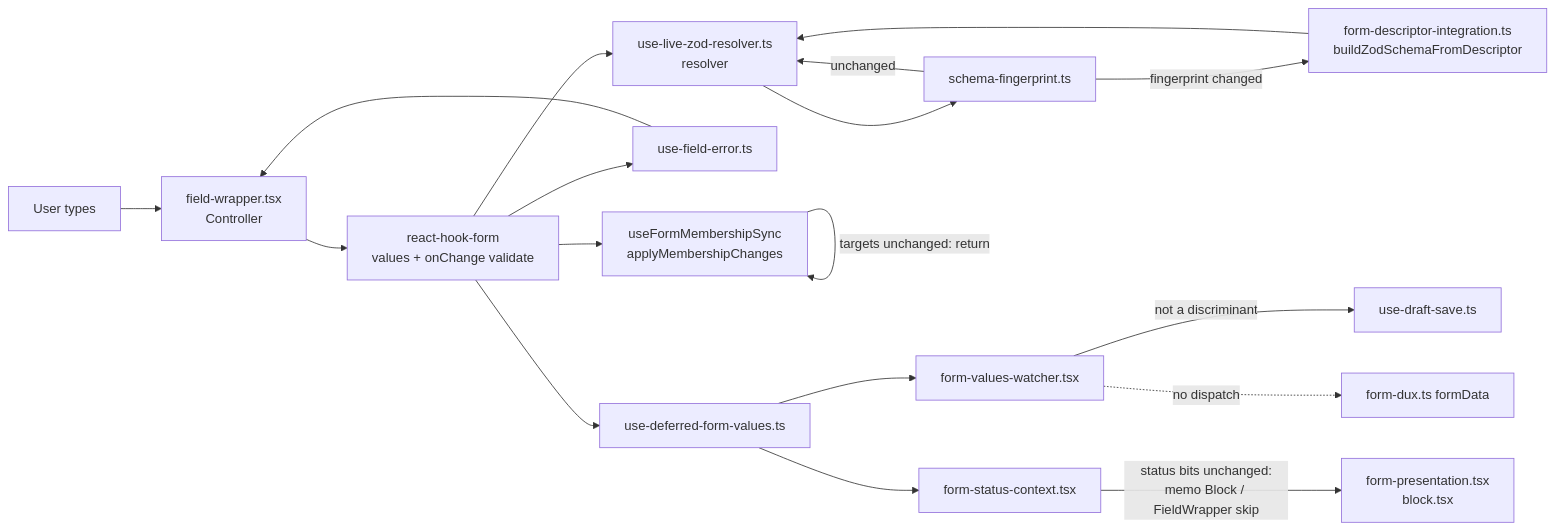
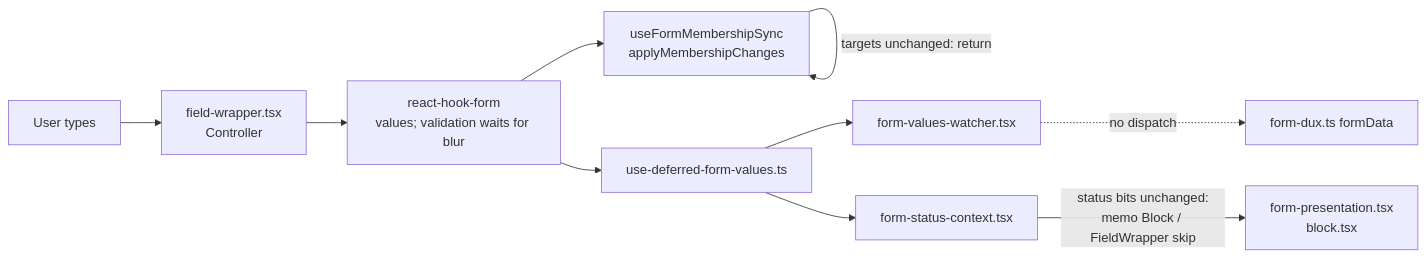
One commit to heditr/form-gen changed the third of 7 diagrams in docs/thin-center-form-engine.md. Above: the diagram before and after it, drawn with Mermaid. The commit also changed other lines of this file and 16 other files, not shown here.

First line of the commit message:
feat(form): validate and draft on blur

````diff
--- a/docs/thin-center-form-engine.md
+++ b/docs/thin-center-form-engine.md
@@ -194,36 +194,23 @@
 ```mermaid
 flowchart LR
   user["User types"]
   field["field-wrapper.tsx<br/>Controller"]
-  rhf["react-hook-form<br/>values + onChange validate"]
-  resolver["use-live-zod-resolver.ts<br/>resolver"]
-  finger["schema-fingerprint.ts"]
-  schema["form-descriptor-integration.ts<br/>buildZodSchemaFromDescriptor"]
-  err["use-field-error.ts"]
+  rhf["react-hook-form<br/>values; validation waits for blur"]
   member["useFormMembershipSync<br/>applyMembershipChanges"]
   deferred["use-deferred-form-values.ts"]
   watcher["form-values-watcher.tsx"]
-  draft["use-draft-save.ts"]
   status["form-status-context.tsx"]
   ui["form-presentation.tsx<br/>block.tsx"]
   redux["form-dux.ts formData"]
 
   user --> field --> rhf
-  rhf --> resolver
-  resolver --> finger
-  finger -->|"fingerprint changed"| schema
-  finger -->|"unchanged"| resolver
-  schema --> resolver
-  rhf --> err --> field
-
   rhf --> member
   member -->|"targets unchanged: return"| member
 
   rhf --> deferred
   deferred --> watcher
-  watcher -->|"not a discriminant"| draft
   deferred --> status
   status -->|"status bits unchanged:<br/>memo Block / FieldWrapper skip"| ui
 
   watcher -.->|"no dispatch"| redux
 ```
````
